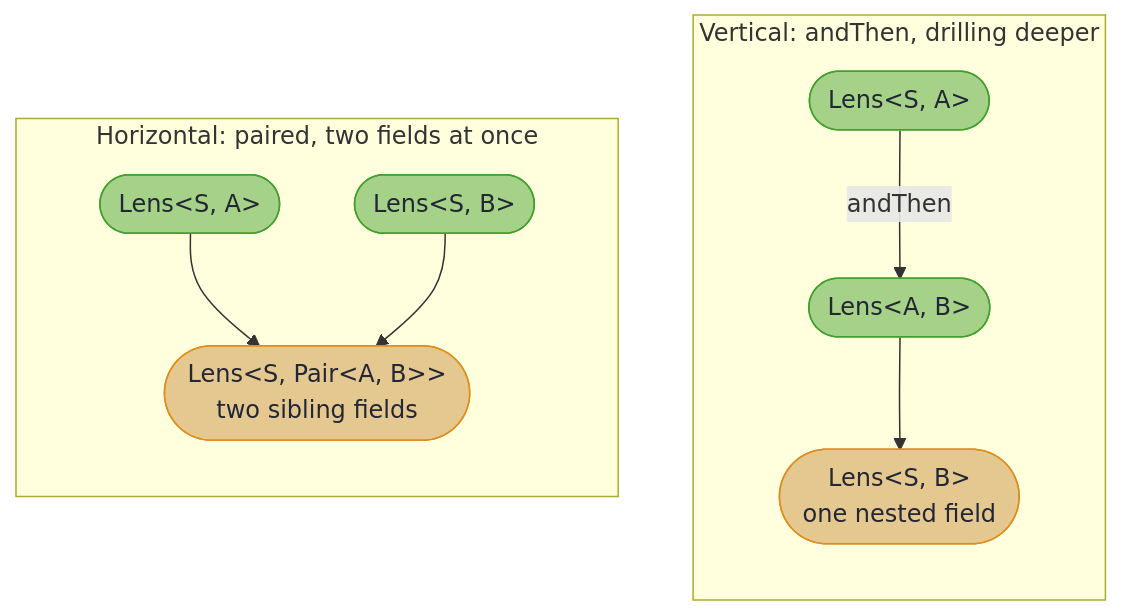
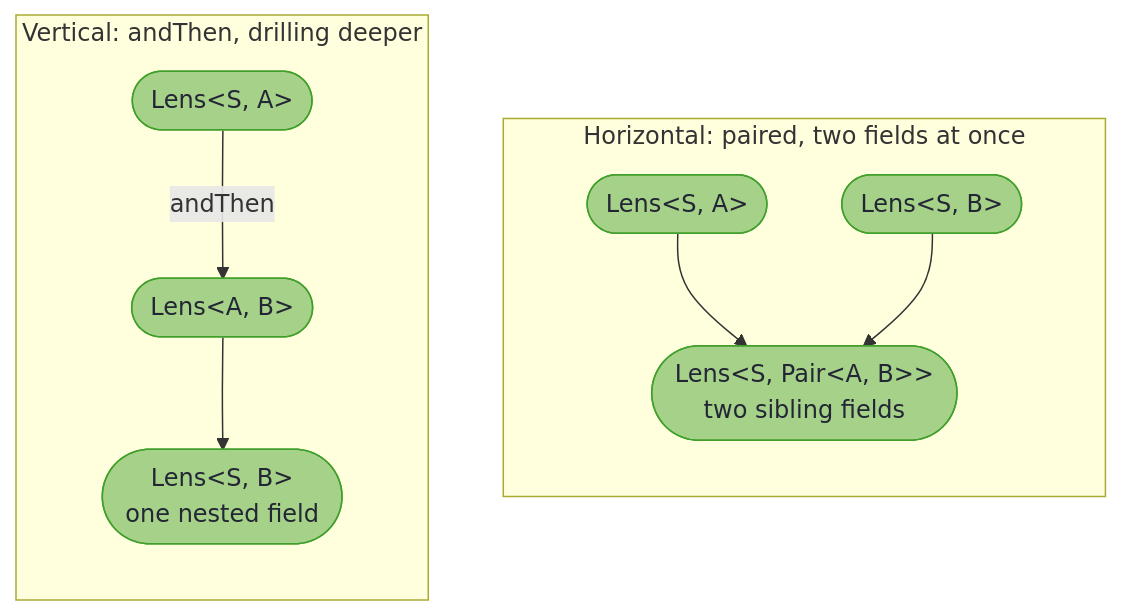
One commit to higher-kinded-j/higher-kinded-j.github.io changed the first of 2 diagrams in latest/optics/coupled_fields.md. Above: the diagram before and after it, drawn with Mermaid. The commit also changed other lines of this file and 55 other files, not shown here.

````diff
--- a/latest/optics/coupled_fields.md
+++ b/latest/optics/coupled_fields.md
@@ -34,17 +34,18 @@
 ```mermaid
 flowchart TD
-    subgraph vert["Vertical: andThen, drilling deeper"]
-        direction TB
-        V1(["Lens&lt;S, A&gt;"]) -->|"andThen"| V2(["Lens&lt;A, B&gt;"]) --> V3(["Lens&lt;S, B&gt;<br/>one nested field"])
-    end
+    accTitle: Composing lenses vertically and horizontally
+    accDescr: Vertically, andThen joins a Lens from S to A with a Lens from A to B, giving a Lens from S to B that reaches one nested field. Horizontally, paired joins a Lens from S to A and a Lens from S to B, giving a Lens from S to a Pair of A and B that reaches two sibling fields.
+    %% declared in reverse: the layout places the last subgraph on the left
     subgraph horiz["Horizontal: paired, two fields at once"]
         direction TB
         H1(["Lens&lt;S, A&gt;"]) --> H3(["Lens&lt;S, Pair&lt;A, B&gt;&gt;<br/>two sibling fields"])
         H2(["Lens&lt;S, B&gt;"]) --> H3
     end
+    subgraph vert["Vertical: andThen, drilling deeper"]
+        direction TB
+        V1(["Lens&lt;S, A&gt;"]) -->|"andThen"| V2(["Lens&lt;A, B&gt;"]) --> V3(["Lens&lt;S, B&gt;<br/>one nested field"])
+    end
 
-    classDef tier fill:#a6d189,stroke:#40a02b,color:#232634
-    classDef out fill:#e5c890,stroke:#df8e1d,color:#232634
-    class V1,V2,H1,H2 tier
-    class V3,H3 out
+    classDef rw fill:#a6d189,stroke:#40a02b,color:#232634
+    class V1,V2,V3,H1,H2,H3 rw
 ```
````
